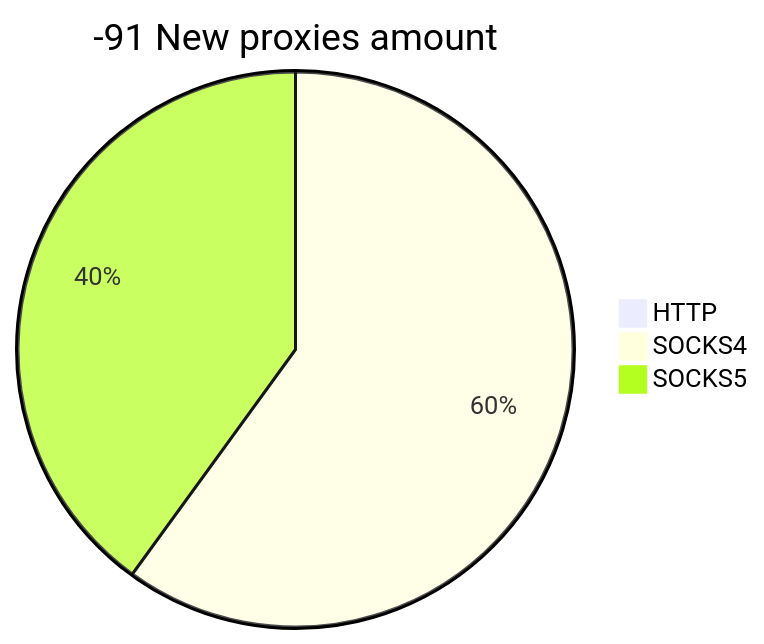
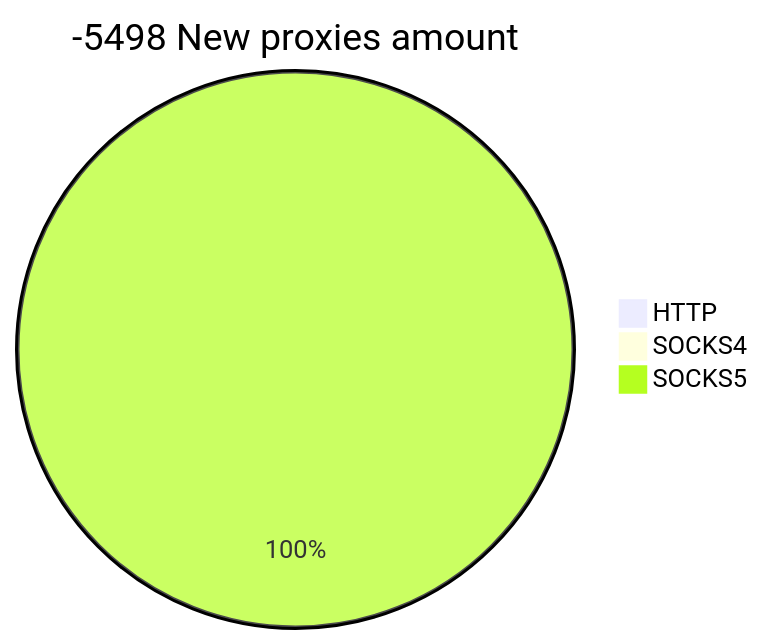
The second of 2 diagrams in README.md (cutipu/proxylist), drawn with Mermaid before and after one commit. The commit also changed other lines of this file, not shown here.

````diff
--- a/README.md
+++ b/README.md
@@ -10,6 +10,6 @@
 ```mermaid
-pie title -91 New proxies amount
+pie title -5498 New proxies amount
     "HTTP" : 0
-    "SOCKS4" : 3
-    "SOCKS5" : 2
+    "SOCKS4" : 0
+    "SOCKS5" : 126
 ```
````
